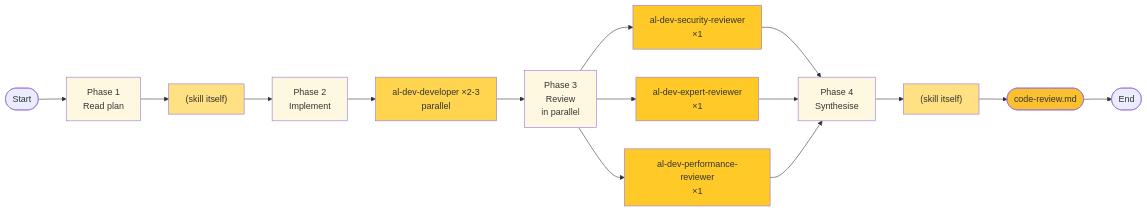
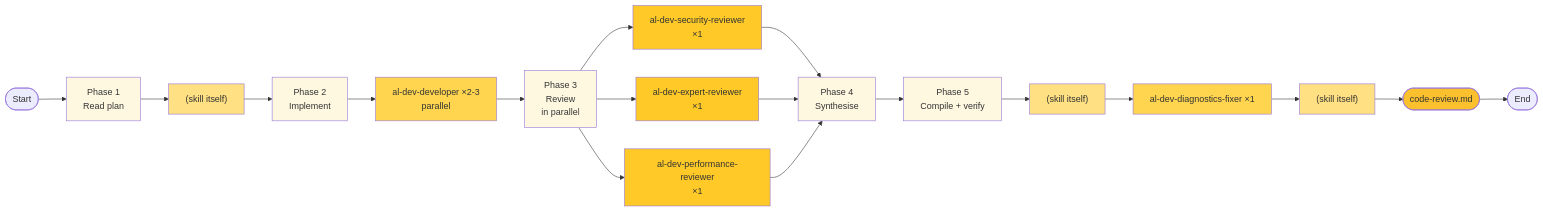
The seventh of 18 diagrams in docs/al-dev-plugin-map.md (russell-laing/al-dev-shared), drawn with Mermaid before and after one commit.

Commit message:
docs(plugin-map): add Phase 5 compile-verify to /al-dev-develop drill-down

````diff
--- a/docs/al-dev-plugin-map.md
+++ b/docs/al-dev-plugin-map.md
@@ -198,32 +198,38 @@
 ```mermaid
 flowchart LR
     Start([Start]) --> Phase1["Phase 1<br/>Read plan"]
     Phase1 --> SkillWork1["(skill itself)"]
     SkillWork1 --> Phase2["Phase 2<br/>Implement"]
     Phase2 --> DevAgent["al-dev-developer ×2-3<br/>parallel"]
     DevAgent --> Phase3["Phase 3<br/>Review<br/>in parallel"]
 
     Phase3 --> SecReview["al-dev-security-reviewer<br/>×1"]
     Phase3 --> ExpertReview["al-dev-expert-reviewer<br/>×1"]
     Phase3 --> PerfReview["al-dev-performance-reviewer<br/>×1"]
 
     SecReview --> Phase4["Phase 4<br/>Synthesise"]
     ExpertReview --> Phase4
     PerfReview --> Phase4
 
-    Phase4 --> SkillWork2["(skill itself)"]
-    SkillWork2 --> Output1(["code-review.md"])
+    Phase4 --> Phase5["Phase 5<br/>Compile + verify"]
+    Phase5 --> SkillWork2["(skill itself)"]
+    SkillWork2 --> CompileAgent["al-dev-diagnostics-fixer ×1"]
+    CompileAgent --> SkillWork3["(skill itself)"]
+    SkillWork3 --> Output1(["code-review.md"])
     Output1 --> End([End])
 
     style Phase1 fill:#fff8e1
     style Phase2 fill:#fff8e1
     style Phase3 fill:#fff8e1
     style Phase4 fill:#fff8e1
+    style Phase5 fill:#fff8e1
     style SkillWork1 fill:#ffe082
     style SkillWork2 fill:#ffe082
+    style SkillWork3 fill:#ffe082
     style DevAgent fill:#ffd54f
+    style CompileAgent fill:#ffd54f
     style SecReview fill:#ffca28
     style ExpertReview fill:#ffca28
     style PerfReview fill:#ffca28
     style Output1 fill:#fbc02d
 ```
````
